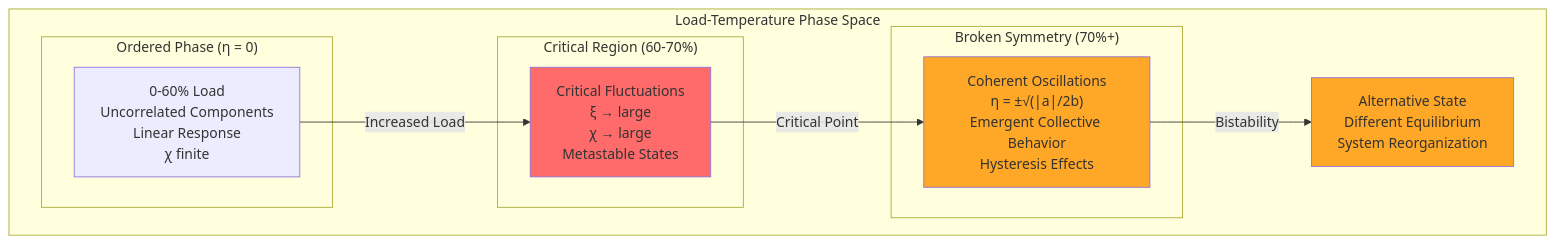
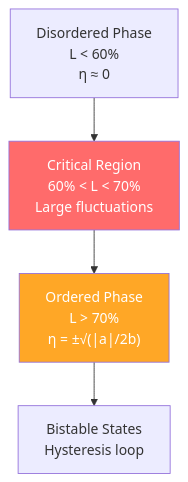
Before and after one commit to deepaucksharma/DStudio: the second of 4 diagrams in docs/core-principles/laws/emergent-chaos.md, drawn with Mermaid. The commit also changed other lines of this file and 498 other files, not shown here.

First line of the commit message:
feat: comprehensive knowledge graph quality improvements

````diff
--- a/docs/core-principles/laws/emergent-chaos.md
+++ b/docs/core-principles/laws/emergent-chaos.md
@@ -114,24 +209,9 @@
 ```mermaid
-graph TB
-    subgraph "Load-Temperature Phase Space"
-        subgraph "Ordered Phase (η = 0)"
-            A1["0-60% Load<br/>Uncorrelated Components<br/>Linear Response<br/>χ finite"]
-        end
-        
-        subgraph "Critical Region (60-70%)"
-            B1["Critical Fluctuations<br/>ξ → large<br/>χ → large<br/>Metastable States"]
-        end
-        
-        subgraph "Broken Symmetry (70%+)"
-            C1["Coherent Oscillations<br/>η = ±√(|a|/2b)<br/>Emergent Collective Behavior<br/>Hysteresis Effects"]
-        end
-        
-        A1 -->|Increased Load| B1
-        B1 -->|Critical Point| C1
-        C1 -->|Bistability| C2["Alternative State<br/>Different Equilibrium<br/>System Reorganization"]
-    end
+flowchart TD
+    A["Disordered Phase<br/>L < 60%<br/>η ≈ 0"] --> B["Critical Region<br/>60% < L < 70%<br/>Large fluctuations"]
+    B --> C["Ordered Phase<br/>L > 70%<br/>η = ±√(|a|/2b)"]
+    C --> D["Bistable States<br/>Hysteresis loop"]
     
-    style B1 fill:#ff6b6b
-    style C1 fill:#ffa726
-    style C2 fill:#ffa726
+    style B fill:#ff6b6b,color:#fff
+    style C fill:#ffa726,color:#fff
 ```
````
